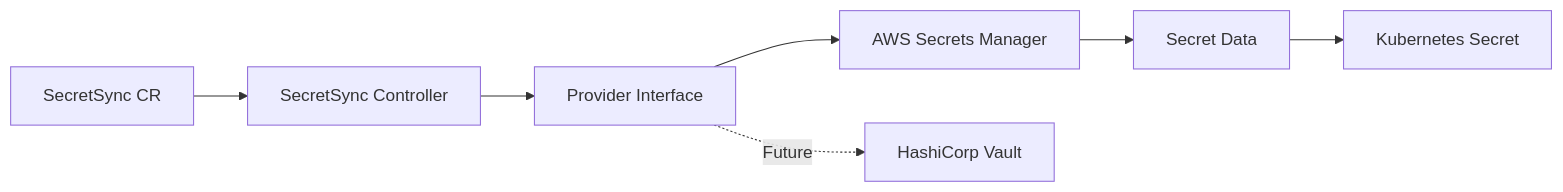
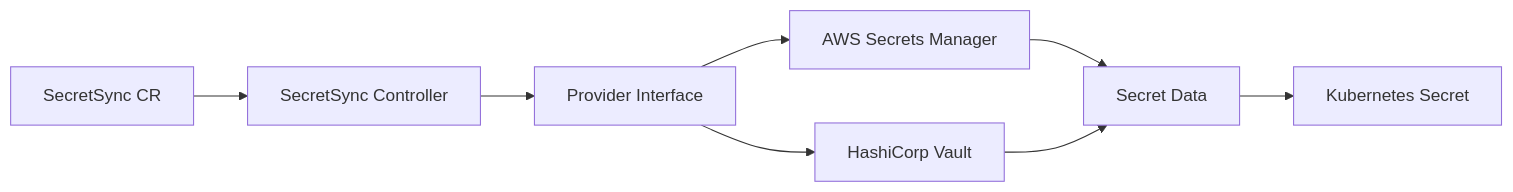
The first of 8 diagrams in README.md (ukfungr/secret-sync-operator), drawn with Mermaid before and after one commit. The commit also changed other lines of this file, not shown here.

Commit message:
docs(readme): document Vault token authentication (#3)

````diff
--- a/README.md
+++ b/README.md
@@ -20,11 +20,14 @@
 ```mermaid
 flowchart LR
     A["SecretSync CR"] --> B["SecretSync Controller"]
+
     B --> C["Provider Interface"]
 
     C --> D["AWS Secrets Manager"]
-    C -. "Future" .-> E["HashiCorp Vault"]
+    C --> E["HashiCorp Vault"]
 
     D --> F["Secret Data"]
+    E --> F
+
     F --> G["Kubernetes Secret"]
 ```
````
